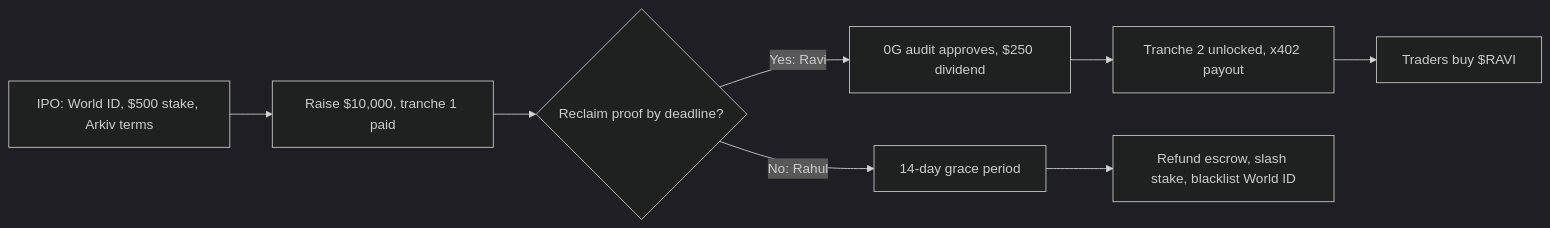
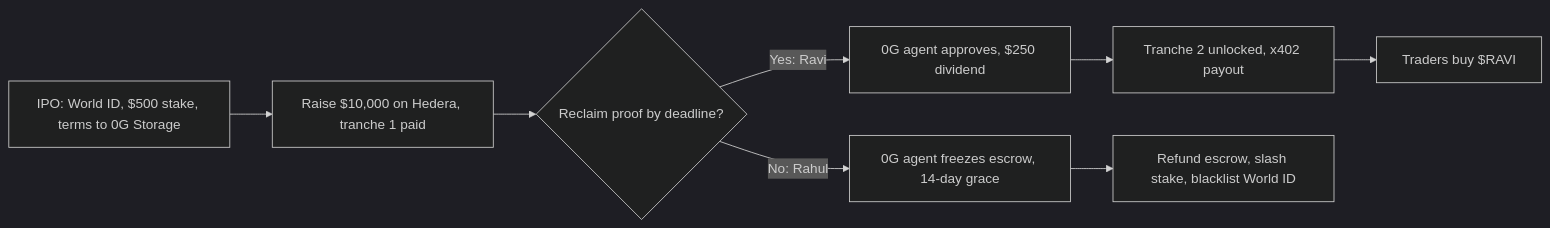
Before and after one commit to predatorx7/stakeme-ex: the diagram in docs/pitch.md, drawn with Mermaid (dark theme). The commit also changed other lines of this file and 5 other files, not shown here.

````diff
--- a/docs/pitch.md
+++ b/docs/pitch.md
@@ -21,10 +25,10 @@
 ```mermaid
 flowchart LR
-	ipo["IPO: World ID, $500 stake, Arkiv terms"] --> raise["Raise $10,000, tranche 1 paid"]
+	ipo["IPO: World ID, $500 stake, terms to 0G Storage"] --> raise["Raise $10,000 on Hedera, tranche 1 paid"]
 	raise --> proof{"Reclaim proof by deadline?"}
-	proof -->|"Yes: Ravi"| audit["0G audit approves, $250 dividend"]
+	proof -->|"Yes: Ravi"| audit["0G agent approves, $250 dividend"]
 	audit --> unlock["Tranche 2 unlocked, x402 payout"]
 	unlock --> pump["Traders buy $RAVI"]
-	proof -->|"No: Rahul"| grace["14-day grace period"]
-	grace --> liquidate["Refund escrow, slash stake, blacklist World ID"]
+	proof -->|"No: Rahul"| freeze["0G agent freezes escrow, 14-day grace"]
+	freeze --> liquidate["Refund escrow, slash stake, blacklist World ID"]
 ```
````
